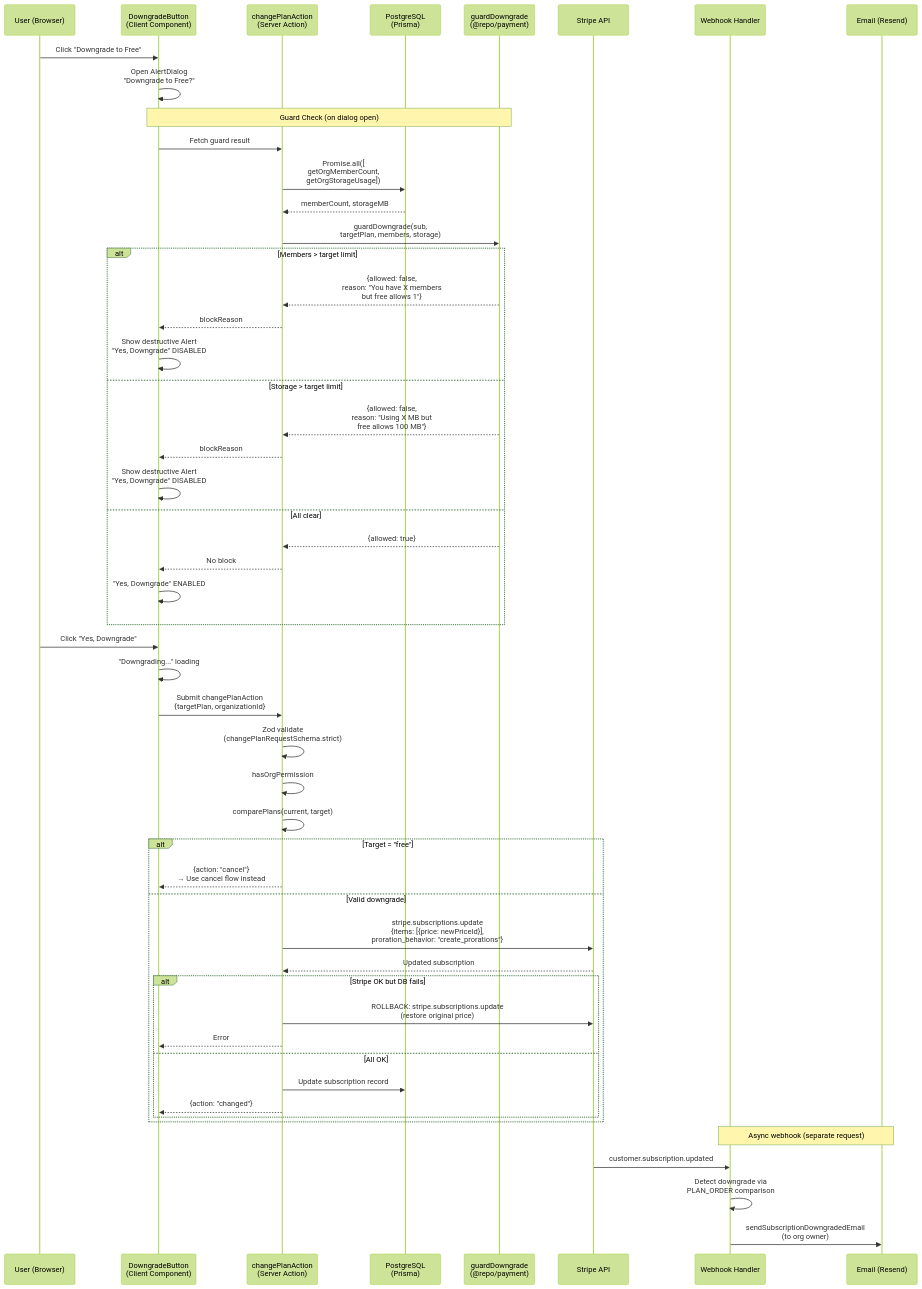
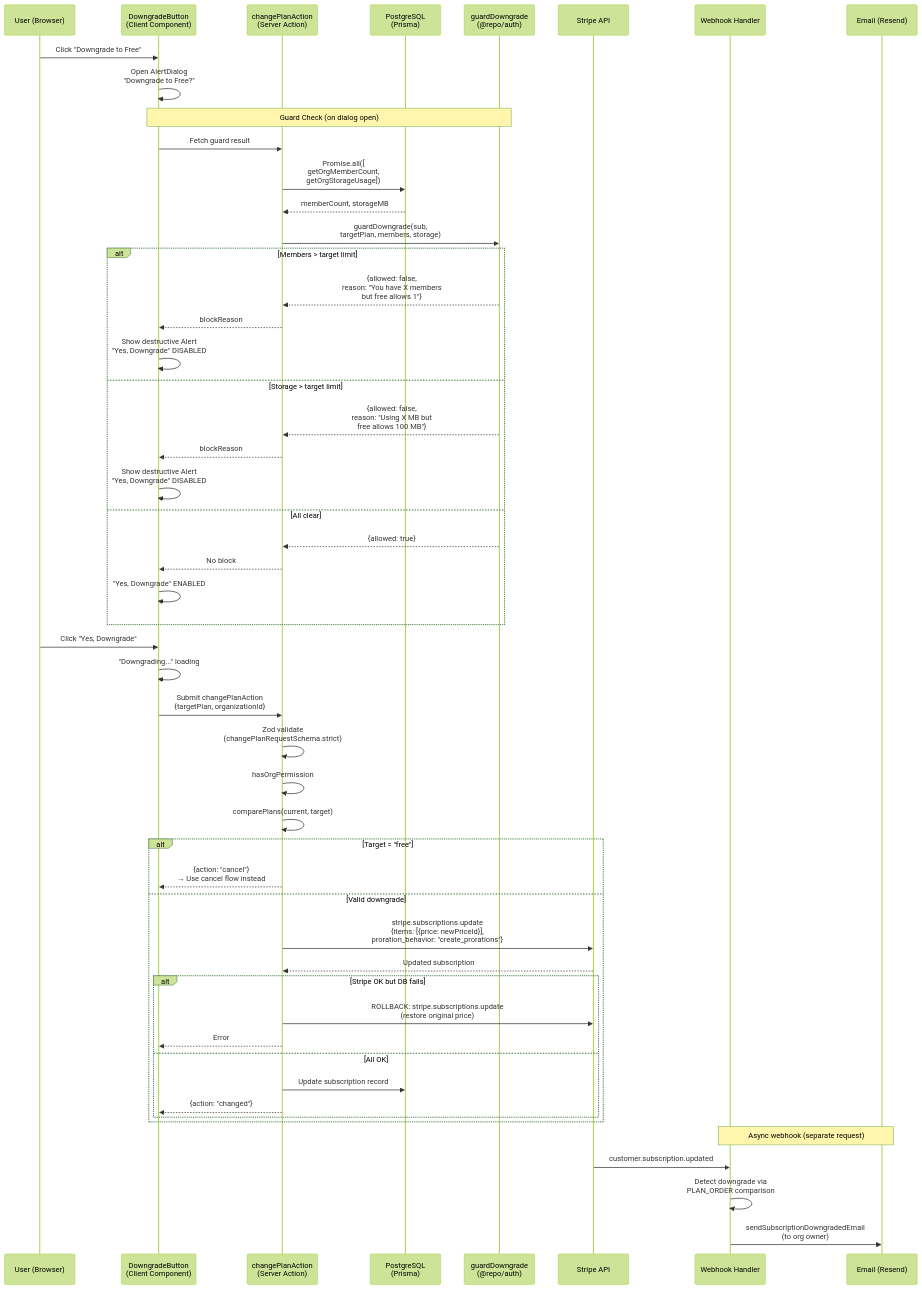
Before and after one commit to saasprokit-com/saasprokit: the fourth of 7 diagrams in apps/web/e2e/payment/manual-test-cases.md, drawn with Mermaid (forest theme). The commit also changed other lines of this file and 35 other files, not shown here.

First line of the commit message:
refactor(auth): merge @repo/payment into @repo/auth

````diff
--- a/apps/web/e2e/payment/manual-test-cases.md
+++ b/apps/web/e2e/payment/manual-test-cases.md
@@ -219,62 +219,62 @@
 ```mermaid
 sequenceDiagram
     participant U as User (Browser)
     participant DB as DowngradeButton<br/>(Client Component)
     participant SA as changePlanAction<br/>(Server Action)
     participant PG as PostgreSQL<br/>(Prisma)
-    participant G as guardDowngrade<br/>(@repo/payment)
+    participant G as guardDowngrade<br/>(@repo/auth)
     participant S as Stripe API
     participant WH as Webhook Handler
     participant E as Email (Resend)
 
     U->>DB: Click "Downgrade to Free"
     DB->>DB: Open AlertDialog<br/>"Downgrade to Free?"
 
     Note over DB,G: Guard Check (on dialog open)
     DB->>SA: Fetch guard result
     SA->>PG: Promise.all([<br/>getOrgMemberCount,<br/>getOrgStorageUsage])
     PG-->>SA: memberCount, storageMB
     SA->>G: guardDowngrade(sub,<br/>targetPlan, members, storage)
 
     alt Members > target limit
         G-->>SA: {allowed: false,<br/>reason: "You have X members<br/>but free allows 1"}
         SA-->>DB: blockReason
         DB->>DB: Show destructive Alert<br/>"Yes, Downgrade" DISABLED
     else Storage > target limit
         G-->>SA: {allowed: false,<br/>reason: "Using X MB but<br/>free allows 100 MB"}
         SA-->>DB: blockReason
         DB->>DB: Show destructive Alert<br/>"Yes, Downgrade" DISABLED
     else All clear
         G-->>SA: {allowed: true}
         SA-->>DB: No block
         DB->>DB: "Yes, Downgrade" ENABLED
     end
 
     U->>DB: Click "Yes, Downgrade"
     DB->>DB: "Downgrading..." loading
 
     DB->>SA: Submit changePlanAction<br/>{targetPlan, organizationId}
     SA->>SA: Zod validate<br/>(changePlanRequestSchema.strict)
     SA->>SA: hasOrgPermission
     SA->>SA: comparePlans(current, target)
 
     alt Target = "free"
         SA-->>DB: {action: "cancel"}<br/>→ Use cancel flow instead
     else Valid downgrade
         SA->>S: stripe.subscriptions.update<br/>{items: [{price: newPriceId}],<br/>proration_behavior: "create_prorations"}
         S-->>SA: Updated subscription
 
         alt Stripe OK but DB fails
             SA->>S: ROLLBACK: stripe.subscriptions.update<br/>(restore original price)
             SA-->>DB: Error
         else All OK
             SA->>PG: Update subscription record
             SA-->>DB: {action: "changed"}
         end
     end
 
     Note over WH,E: Async webhook (separate request)
     S->>WH: customer.subscription.updated
     WH->>WH: Detect downgrade via<br/>PLAN_ORDER comparison
     WH->>E: sendSubscriptionDowngradedEmail<br/>(to org owner)
 ```
````
